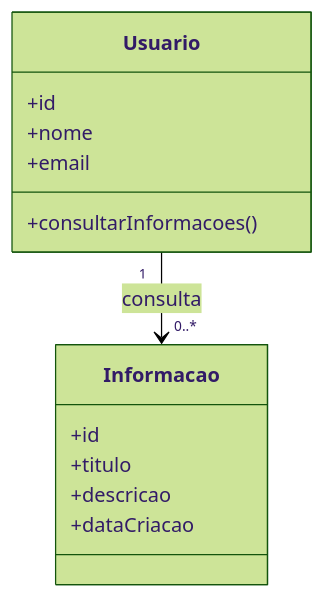
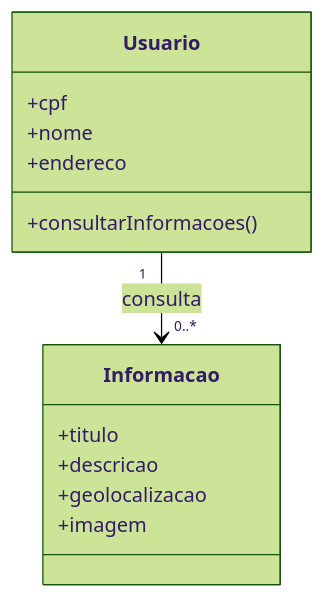
Before and after one commit to RobAbProjADS/alertaCidade: the second of 2 diagrams in README.md, drawn with Mermaid (forest theme). The commit also changed other lines of this file, not shown here.

Commit message:
readme atualizar
Updated collaborator responsibilities and refined use case descriptions.

````diff
--- a/README.md
+++ b/README.md
@@ -80,18 +80,18 @@
 ```mermaid
 classDiagram
     class Usuario {
-        +id
+        +cpf
         +nome
-        +email
+        +endereco
         +consultarInformacoes()
     }
 
     class Informacao {
-        +id
         +titulo
         +descricao
-        +dataCriacao
+        +geolocalizacao
+        +imagem
     }
 
     Usuario "1" --> "0..*" Informacao : consulta
 ```
````
